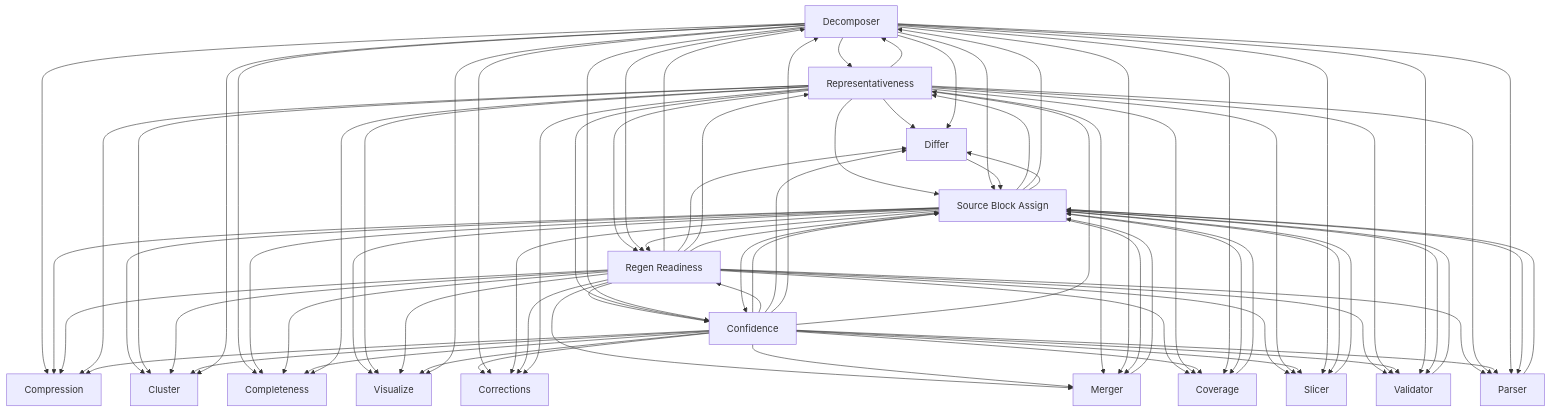
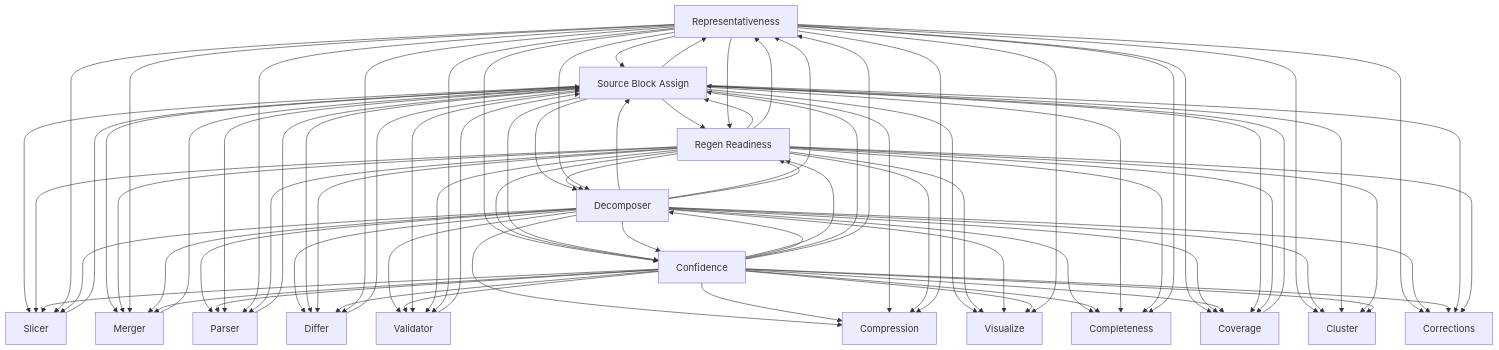
The diagram in .architecture-models/src-core/docs/se/logical-architecture.md (opn-arch/architecture-model-standard), drawn with Mermaid before and after one commit. The commit also changed other lines of this file and 161 other files, not shown here.

````diff
--- a/.architecture-models/src-core/docs/se/logical-architecture.md
+++ b/.architecture-models/src-core/docs/se/logical-architecture.md
@@ -56,100 +56,100 @@
 ```mermaid
 graph TD
+    src-core-COMP-26["Representativeness"]
+    src-core-COMP-28["Source Block Assign"]
+    src-core-COMP-26 --> src-core-COMP-28
     src-core-COMP-21["Decomposer"]
+    src-core-COMP-24["Parser"]
+    src-core-COMP-21 --> src-core-COMP-24
+    src-core-COMP-25["Regen Readiness"]
+    src-core-COMP-28 --> src-core-COMP-25
+    src-core-COMP-27["Slicer"]
+    src-core-COMP-28 --> src-core-COMP-27
+    src-core-COMP-25 --> src-core-COMP-27
+    src-core-COMP-18["Confidence"]
+    src-core-COMP-18 --> src-core-COMP-24
+    src-core-COMP-26 --> src-core-COMP-18
+    src-core-COMP-23["Merger"]
+    src-core-COMP-28 --> src-core-COMP-23
+    src-core-COMP-25 --> src-core-COMP-23
+    src-core-COMP-22["Differ"]
+    src-core-COMP-21 --> src-core-COMP-22
+    src-core-COMP-18 --> src-core-COMP-25
+    src-core-COMP-18 --> src-core-COMP-27
+    src-core-COMP-20["Coverage"]
+    src-core-COMP-26 --> src-core-COMP-20
+    src-core-COMP-30["Validator"]
+    src-core-COMP-21 --> src-core-COMP-30
+    src-core-COMP-15["Cluster"]
+    src-core-COMP-26 --> src-core-COMP-15
+    src-core-COMP-20 --> src-core-COMP-28
+    src-core-COMP-28 --> src-core-COMP-24
+    src-core-COMP-28 --> src-core-COMP-21
+    src-core-COMP-25 --> src-core-COMP-21
+    src-core-COMP-18 --> src-core-COMP-30
+    src-core-COMP-31["Visualize"]
+    src-core-COMP-28 --> src-core-COMP-31
+    src-core-COMP-25 --> src-core-COMP-31
     src-core-COMP-17["Compression"]
     src-core-COMP-21 --> src-core-COMP-17
-    src-core-COMP-28["Source Block Assign"]
-    src-core-COMP-28 --> src-core-COMP-17
-    src-core-COMP-26["Representativeness"]
-    src-core-COMP-21 --> src-core-COMP-26
-    src-core-COMP-18["Confidence"]
-    src-core-COMP-18 --> src-core-COMP-28
-    src-core-COMP-15["Cluster"]
-    src-core-COMP-28 --> src-core-COMP-15
+    src-core-COMP-28 --> src-core-COMP-22
+    src-core-COMP-25 --> src-core-COMP-22
+    src-core-COMP-30 --> src-core-COMP-28
+    src-core-COMP-18 --> src-core-COMP-21
+    src-core-COMP-21 --> src-core-COMP-31
+    src-core-COMP-19["Corrections"]
+    src-core-COMP-26 --> src-core-COMP-19
+    src-core-COMP-18 --> src-core-COMP-17
     src-core-COMP-16["Completeness"]
     src-core-COMP-21 --> src-core-COMP-16
+    src-core-COMP-28 --> src-core-COMP-30
+    src-core-COMP-25 --> src-core-COMP-30
+    src-core-COMP-21 --> src-core-COMP-28
+    src-core-COMP-18 --> src-core-COMP-31
+    src-core-COMP-26 --> src-core-COMP-25
+    src-core-COMP-18 --> src-core-COMP-16
+    src-core-COMP-26 --> src-core-COMP-27
+    src-core-COMP-18 --> src-core-COMP-22
+    src-core-COMP-18 --> src-core-COMP-28
+    src-core-COMP-22 --> src-core-COMP-28
+    src-core-COMP-26 --> src-core-COMP-23
+    src-core-COMP-28 --> src-core-COMP-17
+    src-core-COMP-25 --> src-core-COMP-17
     src-core-COMP-28 --> src-core-COMP-16
-    src-core-COMP-19["Corrections"]
+    src-core-COMP-25 --> src-core-COMP-16
+    src-core-COMP-21 --> src-core-COMP-20
+    src-core-COMP-25 --> src-core-COMP-28
+    src-core-COMP-21 --> src-core-COMP-15
+    src-core-COMP-26 --> src-core-COMP-24
+    src-core-COMP-21 --> src-core-COMP-26
+    src-core-COMP-26 --> src-core-COMP-21
+    src-core-COMP-18 --> src-core-COMP-20
+    src-core-COMP-18 --> src-core-COMP-26
+    src-core-COMP-25 --> src-core-COMP-18
+    src-core-COMP-28 --> src-core-COMP-18
+    src-core-COMP-23 --> src-core-COMP-28
+    src-core-COMP-26 --> src-core-COMP-31
+    src-core-COMP-26 --> src-core-COMP-22
+    src-core-COMP-21 --> src-core-COMP-18
+    src-core-COMP-24 --> src-core-COMP-28
+    src-core-COMP-21 --> src-core-COMP-19
+    src-core-COMP-28 --> src-core-COMP-20
+    src-core-COMP-25 --> src-core-COMP-20
+    src-core-COMP-26 --> src-core-COMP-30
+    src-core-COMP-28 --> src-core-COMP-15
+    src-core-COMP-25 --> src-core-COMP-15
+    src-core-COMP-28 --> src-core-COMP-26
+    src-core-COMP-25 --> src-core-COMP-26
     src-core-COMP-18 --> src-core-COMP-19
-    src-core-COMP-22["Differ"]
-    src-core-COMP-26 --> src-core-COMP-22
-    src-core-COMP-26 --> src-core-COMP-28
-    src-core-COMP-21 --> src-core-COMP-19
-    src-core-COMP-25["Regen Readiness"]
-    src-core-COMP-25 --> src-core-COMP-21
-    src-core-COMP-18 --> src-core-COMP-25
-    src-core-COMP-25 --> src-core-COMP-18
-    src-core-COMP-25 --> src-core-COMP-22
-    src-core-COMP-23["Merger"]
-    src-core-COMP-25 --> src-core-COMP-23
-    src-core-COMP-20["Coverage"]
-    src-core-COMP-25 --> src-core-COMP-20
-    src-core-COMP-31["Visualize"]
-    src-core-COMP-28 --> src-core-COMP-31
-    src-core-COMP-28 --> src-core-COMP-26
-    src-core-COMP-18 --> src-core-COMP-22
-    src-core-COMP-26 --> src-core-COMP-21
+    src-core-COMP-21 --> src-core-COMP-25
+    src-core-COMP-21 --> src-core-COMP-27
+    src-core-COMP-21 --> src-core-COMP-23
+    src-core-COMP-18 --> src-core-COMP-15
+    src-core-COMP-26 --> src-core-COMP-17
+    src-core-COMP-25 --> src-core-COMP-24
     src-core-COMP-18 --> src-core-COMP-23
-    src-core-COMP-27["Slicer"]
-    src-core-COMP-25 --> src-core-COMP-27
-    src-core-COMP-30["Validator"]
-    src-core-COMP-30 --> src-core-COMP-28
-    src-core-COMP-26 --> src-core-COMP-25
-    src-core-COMP-21 --> src-core-COMP-22
-    src-core-COMP-21 --> src-core-COMP-28
-    src-core-COMP-20 --> src-core-COMP-28
-    src-core-COMP-26 --> src-core-COMP-18
-    src-core-COMP-26 --> src-core-COMP-23
-    src-core-COMP-25 --> src-core-COMP-30
-    src-core-COMP-26 --> src-core-COMP-20
+    src-core-COMP-28 --> src-core-COMP-19
+    src-core-COMP-25 --> src-core-COMP-19
+    src-core-COMP-26 --> src-core-COMP-16
     src-core-COMP-27 --> src-core-COMP-28
-    src-core-COMP-28 --> src-core-COMP-19
-    src-core-COMP-26 --> src-core-COMP-27
-    src-core-COMP-18 --> src-core-COMP-21
-    src-core-COMP-28 --> src-core-COMP-21
-    src-core-COMP-21 --> src-core-COMP-25
-    src-core-COMP-26 --> src-core-COMP-30
-    src-core-COMP-28 --> src-core-COMP-25
-    src-core-COMP-18 --> src-core-COMP-20
-    src-core-COMP-26 --> src-core-COMP-15
-    src-core-COMP-21 --> src-core-COMP-18
-    src-core-COMP-28 --> src-core-COMP-18
-    src-core-COMP-22 --> src-core-COMP-28
-    src-core-COMP-23 --> src-core-COMP-28
-    src-core-COMP-24["Parser"]
-    src-core-COMP-25 --> src-core-COMP-24
-    src-core-COMP-21 --> src-core-COMP-23
-    src-core-COMP-28 --> src-core-COMP-22
-    src-core-COMP-21 --> src-core-COMP-20
-    src-core-COMP-28 --> src-core-COMP-23
-    src-core-COMP-18 --> src-core-COMP-27
-    src-core-COMP-21 --> src-core-COMP-27
-    src-core-COMP-28 --> src-core-COMP-27
-    src-core-COMP-25 --> src-core-COMP-17
-    src-core-COMP-18 --> src-core-COMP-30
-    src-core-COMP-25 --> src-core-COMP-15
-    src-core-COMP-25 --> src-core-COMP-16
-    src-core-COMP-26 --> src-core-COMP-24
-    src-core-COMP-21 --> src-core-COMP-30
-    src-core-COMP-18 --> src-core-COMP-15
-    src-core-COMP-28 --> src-core-COMP-30
-    src-core-COMP-18 --> src-core-COMP-16
-    src-core-COMP-24 --> src-core-COMP-28
-    src-core-COMP-21 --> src-core-COMP-15
-    src-core-COMP-26 --> src-core-COMP-31
-    src-core-COMP-25 --> src-core-COMP-19
-    src-core-COMP-26 --> src-core-COMP-17
-    src-core-COMP-26 --> src-core-COMP-16
-    src-core-COMP-28 --> src-core-COMP-20
-    src-core-COMP-18 --> src-core-COMP-24
-    src-core-COMP-25 --> src-core-COMP-31
-    src-core-COMP-26 --> src-core-COMP-19
-    src-core-COMP-25 --> src-core-COMP-26
-    src-core-COMP-21 --> src-core-COMP-24
-    src-core-COMP-28 --> src-core-COMP-24
-    src-core-COMP-18 --> src-core-COMP-31
-    src-core-COMP-18 --> src-core-COMP-17
-    src-core-COMP-18 --> src-core-COMP-26
-    src-core-COMP-25 --> src-core-COMP-28
-    src-core-COMP-21 --> src-core-COMP-31
 ```
````
